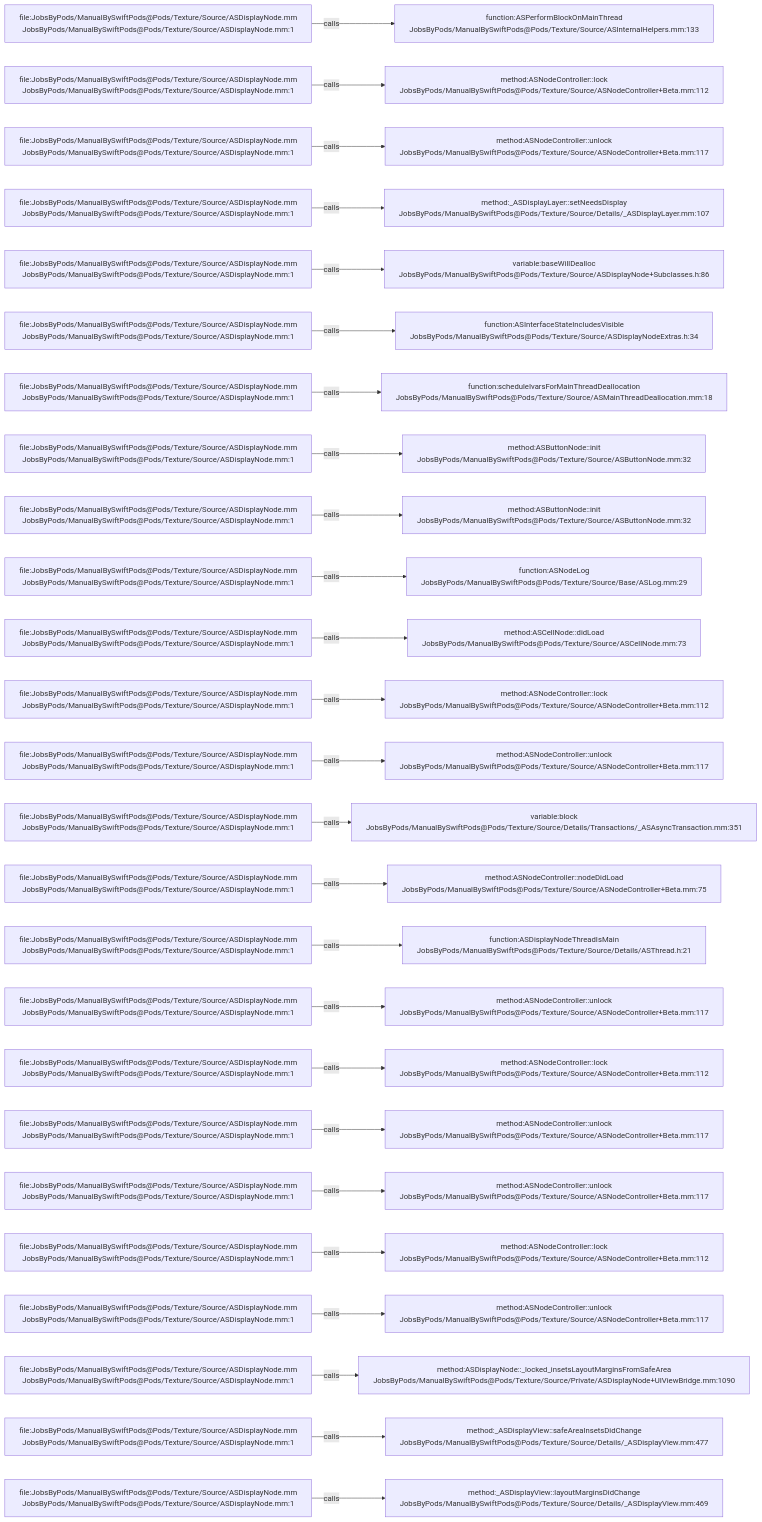
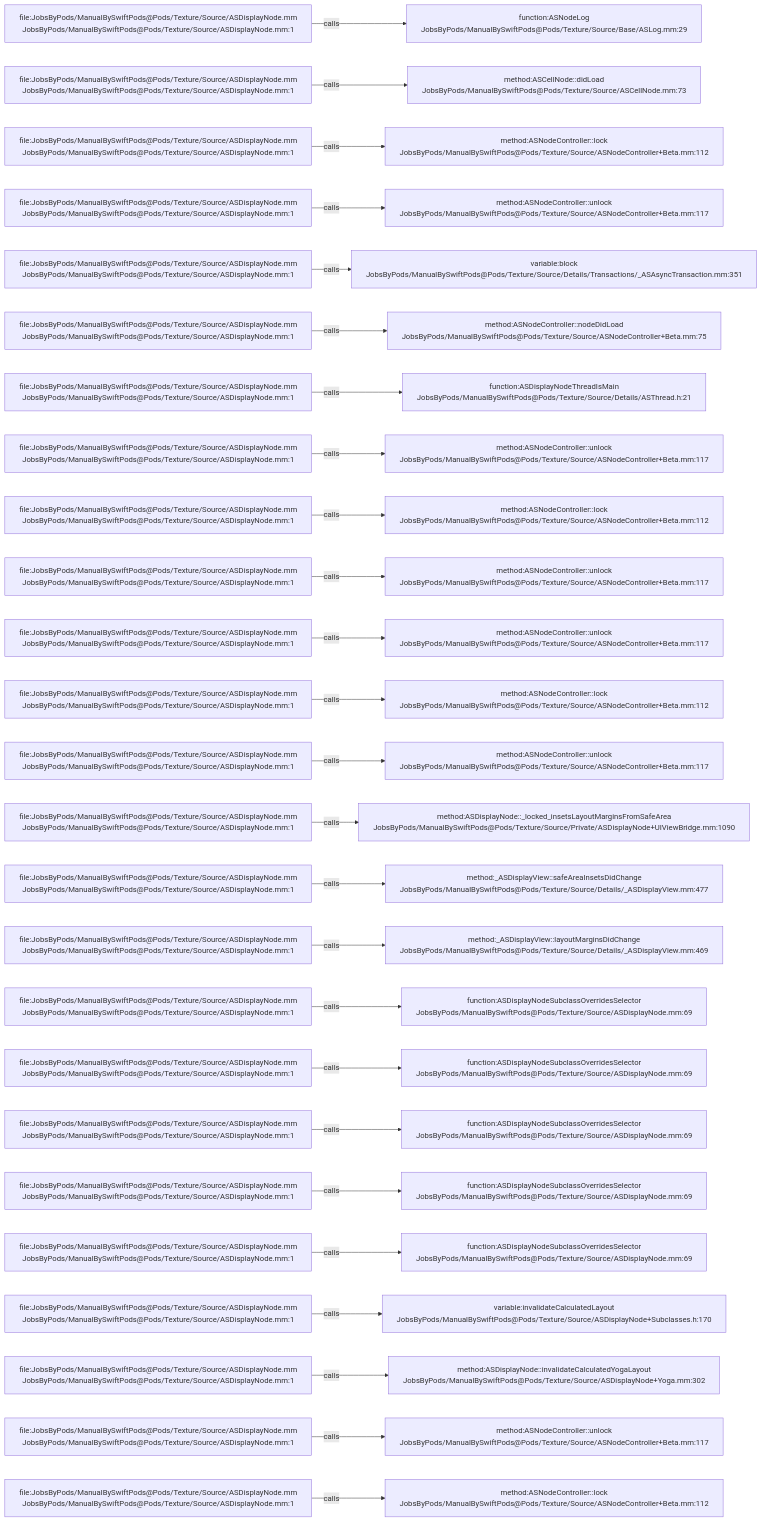
One commit to JobsKits/JobsSwiftBaseConfigDemo changed the diagram in .codegraph/codegraph.md/graphs/calls-028.md. Above: the diagram before and after it, drawn with Mermaid. The commit also changed 707 other files, not shown here.

````diff
--- a/.codegraph/codegraph.md/graphs/calls-028.md
+++ b/.codegraph/codegraph.md/graphs/calls-028.md
@@ -13,78 +13,78 @@
 ```mermaid
 flowchart LR
   S1["file:JobsByPods/ManualBySwiftPods@Pods/Texture/Source/ASDisplayNode.mm<br/>JobsByPods/ManualBySwiftPods@Pods/Texture/Source/ASDisplayNode.mm:1"]
-  T1["function:ASPerformBlockOnMainThread<br/>JobsByPods/ManualBySwiftPods@Pods/Texture/Source/ASInternalHelpers.mm:133"]
+  T1["function:ASNodeLog<br/>JobsByPods/ManualBySwiftPods@Pods/Texture/Source/Base/ASLog.mm:29"]
   S1 -->|calls| T1
   S2["file:JobsByPods/ManualBySwiftPods@Pods/Texture/Source/ASDisplayNode.mm<br/>JobsByPods/ManualBySwiftPods@Pods/Texture/Source/ASDisplayNode.mm:1"]
-  T2["method:ASNodeController::lock<br/>JobsByPods/ManualBySwiftPods@Pods/Texture/Source/ASNodeController+Beta.mm:112"]
+  T2["method:ASCellNode::didLoad<br/>JobsByPods/ManualBySwiftPods@Pods/Texture/Source/ASCellNode.mm:73"]
   S2 -->|calls| T2
   S3["file:JobsByPods/ManualBySwiftPods@Pods/Texture/Source/ASDisplayNode.mm<br/>JobsByPods/ManualBySwiftPods@Pods/Texture/Source/ASDisplayNode.mm:1"]
-  T3["method:ASNodeController::unlock<br/>JobsByPods/ManualBySwiftPods@Pods/Texture/Source/ASNodeController+Beta.mm:117"]
+  T3["method:ASNodeController::lock<br/>JobsByPods/ManualBySwiftPods@Pods/Texture/Source/ASNodeController+Beta.mm:112"]
   S3 -->|calls| T3
   S4["file:JobsByPods/ManualBySwiftPods@Pods/Texture/Source/ASDisplayNode.mm<br/>JobsByPods/ManualBySwiftPods@Pods/Texture/Source/ASDisplayNode.mm:1"]
-  T4["method:_ASDisplayLayer::setNeedsDisplay<br/>JobsByPods/ManualBySwiftPods@Pods/Texture/Source/Details/_ASDisplayLayer.mm:107"]
+  T4["method:ASNodeController::unlock<br/>JobsByPods/ManualBySwiftPods@Pods/Texture/Source/ASNodeController+Beta.mm:117"]
   S4 -->|calls| T4
   S5["file:JobsByPods/ManualBySwiftPods@Pods/Texture/Source/ASDisplayNode.mm<br/>JobsByPods/ManualBySwiftPods@Pods/Texture/Source/ASDisplayNode.mm:1"]
-  T5["variable:baseWillDealloc<br/>JobsByPods/ManualBySwiftPods@Pods/Texture/Source/ASDisplayNode+Subclasses.h:86"]
+  T5["variable:block<br/>JobsByPods/ManualBySwiftPods@Pods/Texture/Source/Details/Transactions/_ASAsyncTransaction.mm:351"]
   S5 -->|calls| T5
   S6["file:JobsByPods/ManualBySwiftPods@Pods/Texture/Source/ASDisplayNode.mm<br/>JobsByPods/ManualBySwiftPods@Pods/Texture/Source/ASDisplayNode.mm:1"]
-  T6["function:ASInterfaceStateIncludesVisible<br/>JobsByPods/ManualBySwiftPods@Pods/Texture/Source/ASDisplayNodeExtras.h:34"]
+  T6["method:ASNodeController::nodeDidLoad<br/>JobsByPods/ManualBySwiftPods@Pods/Texture/Source/ASNodeController+Beta.mm:75"]
   S6 -->|calls| T6
   S7["file:JobsByPods/ManualBySwiftPods@Pods/Texture/Source/ASDisplayNode.mm<br/>JobsByPods/ManualBySwiftPods@Pods/Texture/Source/ASDisplayNode.mm:1"]
-  T7["function:scheduleIvarsForMainThreadDeallocation<br/>JobsByPods/ManualBySwiftPods@Pods/Texture/Source/ASMainThreadDeallocation.mm:18"]
+  T7["function:ASDisplayNodeThreadIsMain<br/>JobsByPods/ManualBySwiftPods@Pods/Texture/Source/Details/ASThread.h:21"]
   S7 -->|calls| T7
   S8["file:JobsByPods/ManualBySwiftPods@Pods/Texture/Source/ASDisplayNode.mm<br/>JobsByPods/ManualBySwiftPods@Pods/Texture/Source/ASDisplayNode.mm:1"]
-  T8["method:ASButtonNode::init<br/>JobsByPods/ManualBySwiftPods@Pods/Texture/Source/ASButtonNode.mm:32"]
+  T8["method:ASNodeController::unlock<br/>JobsByPods/ManualBySwiftPods@Pods/Texture/Source/ASNodeController+Beta.mm:117"]
   S8 -->|calls| T8
   S9["file:JobsByPods/ManualBySwiftPods@Pods/Texture/Source/ASDisplayNode.mm<br/>JobsByPods/ManualBySwiftPods@Pods/Texture/Source/ASDisplayNode.mm:1"]
-  T9["method:ASButtonNode::init<br/>JobsByPods/ManualBySwiftPods@Pods/Texture/Source/ASButtonNode.mm:32"]
+  T9["method:ASNodeController::lock<br/>JobsByPods/ManualBySwiftPods@Pods/Texture/Source/ASNodeController+Beta.mm:112"]
   S9 -->|calls| T9
   S10["file:JobsByPods/ManualBySwiftPods@Pods/Texture/Source/ASDisplayNode.mm<br/>JobsByPods/ManualBySwiftPods@Pods/Texture/Source/ASDisplayNode.mm:1"]
-  T10["function:ASNodeLog<br/>JobsByPods/ManualBySwiftPods@Pods/Texture/Source/Base/ASLog.mm:29"]
+  T10["method:ASNodeController::unlock<br/>JobsByPods/ManualBySwiftPods@Pods/Texture/Source/ASNodeController+Beta.mm:117"]
   S10 -->|calls| T10
   S11["file:JobsByPods/ManualBySwiftPods@Pods/Texture/Source/ASDisplayNode.mm<br/>JobsByPods/ManualBySwiftPods@Pods/Texture/Source/ASDisplayNode.mm:1"]
-  T11["method:ASCellNode::didLoad<br/>JobsByPods/ManualBySwiftPods@Pods/Texture/Source/ASCellNode.mm:73"]
+  T11["method:ASNodeController::unlock<br/>JobsByPods/ManualBySwiftPods@Pods/Texture/Source/ASNodeController+Beta.mm:117"]
   S11 -->|calls| T11
   S12["file:JobsByPods/ManualBySwiftPods@Pods/Texture/Source/ASDisplayNode.mm<br/>JobsByPods/ManualBySwiftPods@Pods/Texture/Source/ASDisplayNode.mm:1"]
   T12["method:ASNodeController::lock<br/>JobsByPods/ManualBySwiftPods@Pods/Texture/Source/ASNodeController+Beta.mm:112"]
   S12 -->|calls| T12
   S13["file:JobsByPods/ManualBySwiftPods@Pods/Texture/Source/ASDisplayNode.mm<br/>JobsByPods/ManualBySwiftPods@Pods/Texture/Source/ASDisplayNode.mm:1"]
   T13["method:ASNodeController::unlock<br/>JobsByPods/ManualBySwiftPods@Pods/Texture/Source/ASNodeController+Beta.mm:117"]
   S13 -->|calls| T13
   S14["file:JobsByPods/ManualBySwiftPods@Pods/Texture/Source/ASDisplayNode.mm<br/>JobsByPods/ManualBySwiftPods@Pods/Texture/Source/ASDisplayNode.mm:1"]
-  T14["variable:block<br/>JobsByPods/ManualBySwiftPods@Pods/Texture/Source/Details/Transactions/_ASAsyncTransaction.mm:351"]
+  T14["method:ASDisplayNode::_locked_insetsLayoutMarginsFromSafeArea<br/>JobsByPods/ManualBySwiftPods@Pods/Texture/Source/Private/ASDisplayNode+UIViewBridge.mm:1090"]
   S14 -->|calls| T14
   S15["file:JobsByPods/ManualBySwiftPods@Pods/Texture/Source/ASDisplayNode.mm<br/>JobsByPods/ManualBySwiftPods@Pods/Texture/Source/ASDisplayNode.mm:1"]
-  T15["method:ASNodeController::nodeDidLoad<br/>JobsByPods/ManualBySwiftPods@Pods/Texture/Source/ASNodeController+Beta.mm:75"]
+  T15["method:_ASDisplayView::safeAreaInsetsDidChange<br/>JobsByPods/ManualBySwiftPods@Pods/Texture/Source/Details/_ASDisplayView.mm:477"]
   S15 -->|calls| T15
   S16["file:JobsByPods/ManualBySwiftPods@Pods/Texture/Source/ASDisplayNode.mm<br/>JobsByPods/ManualBySwiftPods@Pods/Texture/Source/ASDisplayNode.mm:1"]
-  T16["function:ASDisplayNodeThreadIsMain<br/>JobsByPods/ManualBySwiftPods@Pods/Texture/Source/Details/ASThread.h:21"]
+  T16["method:_ASDisplayView::layoutMarginsDidChange<br/>JobsByPods/ManualBySwiftPods@Pods/Texture/Source/Details/_ASDisplayView.mm:469"]
   S16 -->|calls| T16
   S17["file:JobsByPods/ManualBySwiftPods@Pods/Texture/Source/ASDisplayNode.mm<br/>JobsByPods/ManualBySwiftPods@Pods/Texture/Source/ASDisplayNode.mm:1"]
-  T17["method:ASNodeController::unlock<br/>JobsByPods/ManualBySwiftPods@Pods/Texture/Source/ASNodeController+Beta.mm:117"]
+  T17["function:ASDisplayNodeSubclassOverridesSelector<br/>JobsByPods/ManualBySwiftPods@Pods/Texture/Source/ASDisplayNode.mm:69"]
   S17 -->|calls| T17
   S18["file:JobsByPods/ManualBySwiftPods@Pods/Texture/Source/ASDisplayNode.mm<br/>JobsByPods/ManualBySwiftPods@Pods/Texture/Source/ASDisplayNode.mm:1"]
-  T18["method:ASNodeController::lock<br/>JobsByPods/ManualBySwiftPods@Pods/Texture/Source/ASNodeController+Beta.mm:112"]
+  T18["function:ASDisplayNodeSubclassOverridesSelector<br/>JobsByPods/ManualBySwiftPods@Pods/Texture/Source/ASDisplayNode.mm:69"]
   S18 -->|calls| T18
   S19["file:JobsByPods/ManualBySwiftPods@Pods/Texture/Source/ASDisplayNode.mm<br/>JobsByPods/ManualBySwiftPods@Pods/Texture/Source/ASDisplayNode.mm:1"]
-  T19["method:ASNodeController::unlock<br/>JobsByPods/ManualBySwiftPods@Pods/Texture/Source/ASNodeController+Beta.mm:117"]
+  T19["function:ASDisplayNodeSubclassOverridesSelector<br/>JobsByPods/ManualBySwiftPods@Pods/Texture/Source/ASDisplayNode.mm:69"]
   S19 -->|calls| T19
   S20["file:JobsByPods/ManualBySwiftPods@Pods/Texture/Source/ASDisplayNode.mm<br/>JobsByPods/ManualBySwiftPods@Pods/Texture/Source/ASDisplayNode.mm:1"]
-  T20["method:ASNodeController::unlock<br/>JobsByPods/ManualBySwiftPods@Pods/Texture/Source/ASNodeController+Beta.mm:117"]
+  T20["function:ASDisplayNodeSubclassOverridesSelector<br/>JobsByPods/ManualBySwiftPods@Pods/Texture/Source/ASDisplayNode.mm:69"]
   S20 -->|calls| T20
   S21["file:JobsByPods/ManualBySwiftPods@Pods/Texture/Source/ASDisplayNode.mm<br/>JobsByPods/ManualBySwiftPods@Pods/Texture/Source/ASDisplayNode.mm:1"]
-  T21["method:ASNodeController::lock<br/>JobsByPods/ManualBySwiftPods@Pods/Texture/Source/ASNodeController+Beta.mm:112"]
+  T21["function:ASDisplayNodeSubclassOverridesSelector<br/>JobsByPods/ManualBySwiftPods@Pods/Texture/Source/ASDisplayNode.mm:69"]
   S21 -->|calls| T21
   S22["file:JobsByPods/ManualBySwiftPods@Pods/Texture/Source/ASDisplayNode.mm<br/>JobsByPods/ManualBySwiftPods@Pods/Texture/Source/ASDisplayNode.mm:1"]
-  T22["method:ASNodeController::unlock<br/>JobsByPods/ManualBySwiftPods@Pods/Texture/Source/ASNodeController+Beta.mm:117"]
+  T22["variable:invalidateCalculatedLayout<br/>JobsByPods/ManualBySwiftPods@Pods/Texture/Source/ASDisplayNode+Subclasses.h:170"]
   S22 -->|calls| T22
   S23["file:JobsByPods/ManualBySwiftPods@Pods/Texture/Source/ASDisplayNode.mm<br/>JobsByPods/ManualBySwiftPods@Pods/Texture/Source/ASDisplayNode.mm:1"]
-  T23["method:ASDisplayNode::_locked_insetsLayoutMarginsFromSafeArea<br/>JobsByPods/ManualBySwiftPods@Pods/Texture/Source/Private/ASDisplayNode+UIViewBridge.mm:1090"]
+  T23["method:ASDisplayNode::invalidateCalculatedYogaLayout<br/>JobsByPods/ManualBySwiftPods@Pods/Texture/Source/ASDisplayNode+Yoga.mm:302"]
   S23 -->|calls| T23
   S24["file:JobsByPods/ManualBySwiftPods@Pods/Texture/Source/ASDisplayNode.mm<br/>JobsByPods/ManualBySwiftPods@Pods/Texture/Source/ASDisplayNode.mm:1"]
-  T24["method:_ASDisplayView::safeAreaInsetsDidChange<br/>JobsByPods/ManualBySwiftPods@Pods/Texture/Source/Details/_ASDisplayView.mm:477"]
+  T24["method:ASNodeController::unlock<br/>JobsByPods/ManualBySwiftPods@Pods/Texture/Source/ASNodeController+Beta.mm:117"]
   S24 -->|calls| T24
   S25["file:JobsByPods/ManualBySwiftPods@Pods/Texture/Source/ASDisplayNode.mm<br/>JobsByPods/ManualBySwiftPods@Pods/Texture/Source/ASDisplayNode.mm:1"]
-  T25["method:_ASDisplayView::layoutMarginsDidChange<br/>JobsByPods/ManualBySwiftPods@Pods/Texture/Source/Details/_ASDisplayView.mm:469"]
+  T25["method:ASNodeController::lock<br/>JobsByPods/ManualBySwiftPods@Pods/Texture/Source/ASNodeController+Beta.mm:112"]
   S25 -->|calls| T25
 ```
````
